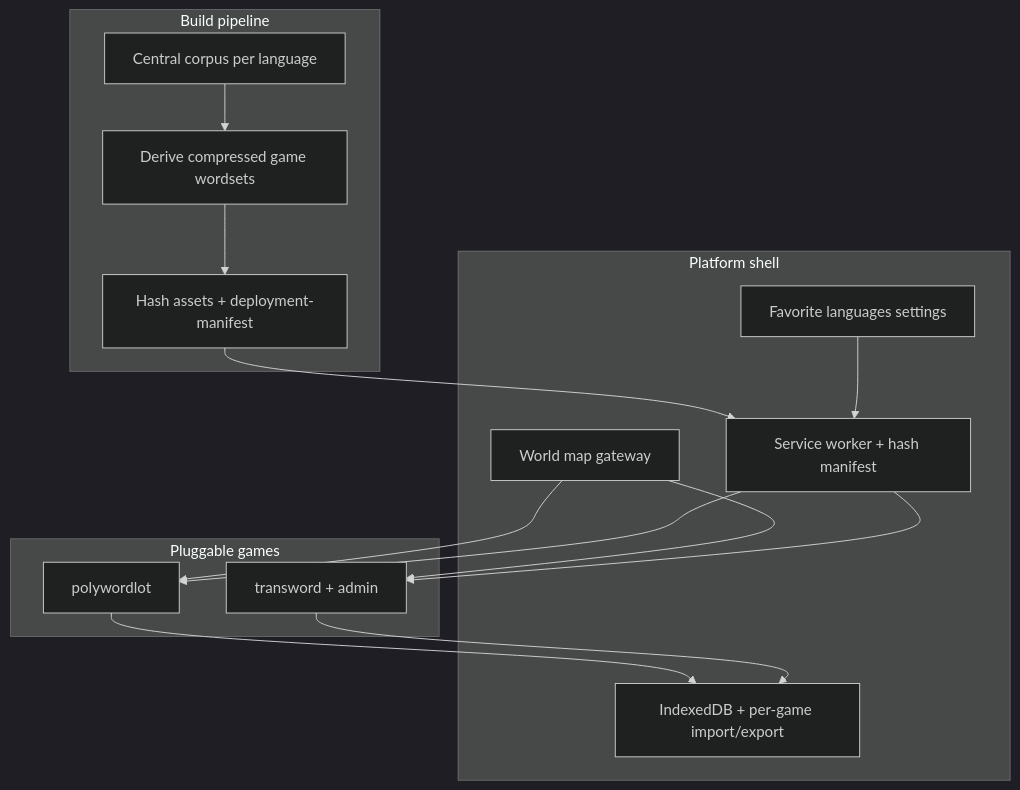
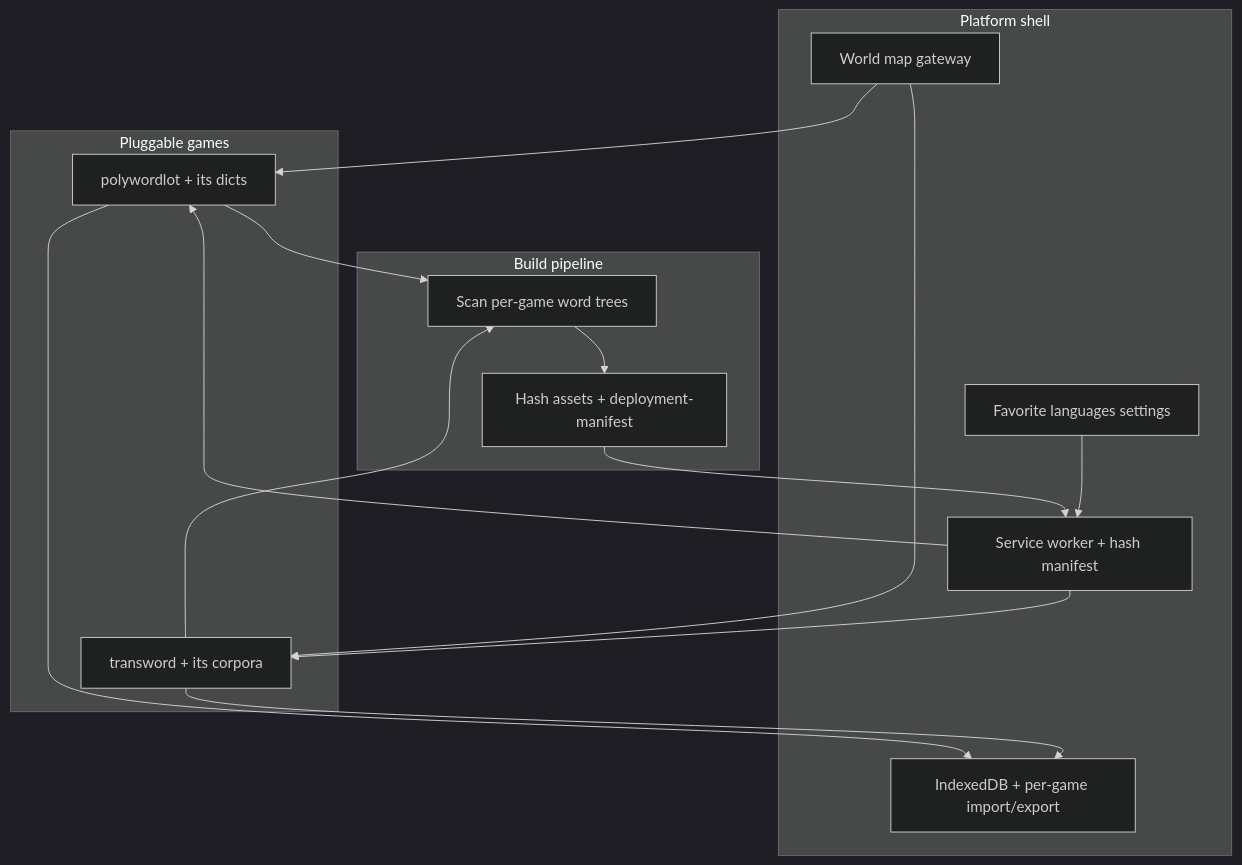
The diagram in docs/PLAN.md (IlyaVolvo/wordaholic), drawn with Mermaid (dark theme) before and after one commit. The commit also changed other lines of this file and 21 other files, not shown here.

````diff
--- a/docs/PLAN.md
+++ b/docs/PLAN.md
@@ -37,27 +37,28 @@
 ```mermaid
 flowchart TB
   subgraph shell [Platform shell]
     Map[World map gateway]
     Settings[Favorite languages settings]
     SW[Service worker + hash manifest]
     IDB[IndexedDB + per-game import/export]
   end
   subgraph build [Build pipeline]
-    Master[Central corpus per language]
-    Derive[Derive compressed game wordsets]
+    Scan[Scan per-game word trees]
     Hash[Hash assets + deployment-manifest]
   end
   subgraph games [Pluggable games]
-    PW[polywordlot]
-    TW[transword + admin]
+    PW[polywordlot + its dicts]
+    TW[transword + its corpora]
   end
-  Master --> Derive --> Hash
+  PW --> Scan
+  TW --> Scan
+  Scan --> Hash
   Hash --> SW
   Map --> PW
   Map --> TW
   Settings --> SW
   PW --> IDB
   TW --> IDB
   SW --> PW
   SW --> TW
 ```
````
